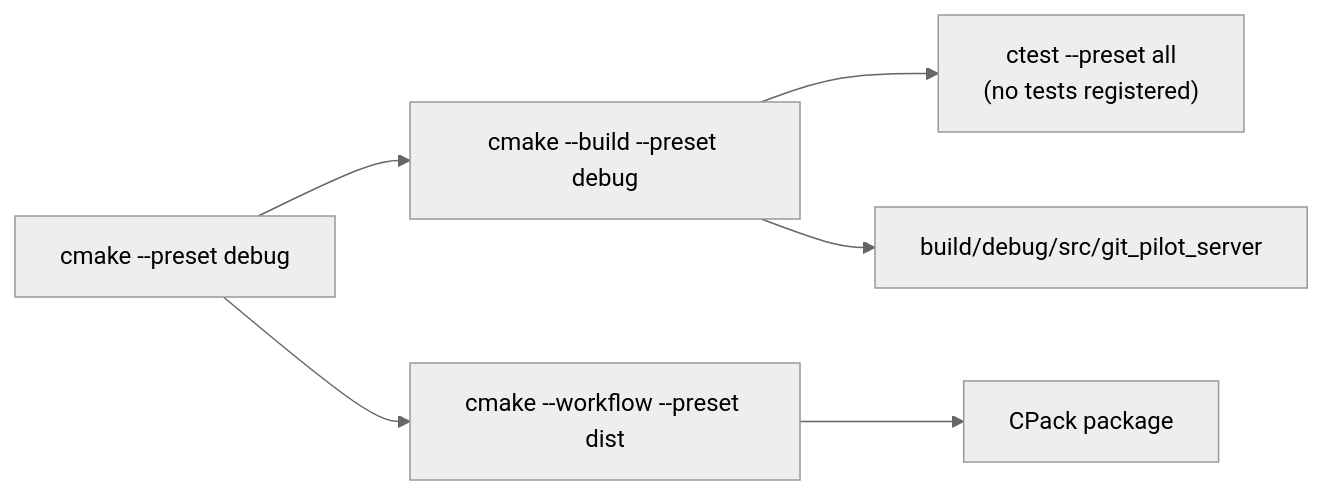
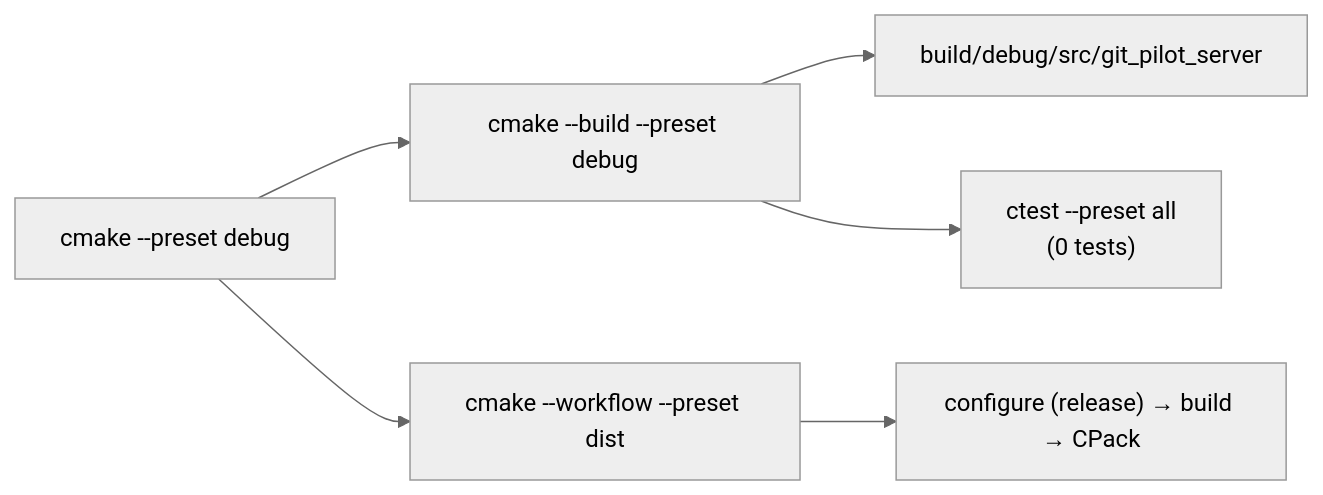
Before and after one commit to pritam12426/git_pilot: the fifth of 6 diagrams in DEV_IN_DEPTH.md, drawn with Mermaid (neutral theme). The commit also changed other lines of this file and 31 other files, not shown here.

````diff
--- a/DEV_IN_DEPTH.md
+++ b/DEV_IN_DEPTH.md
@@ -323,8 +637,8 @@
 ```mermaid
 flowchart LR
-    Configure["cmake --preset debug"] --> Build["cmake --build --preset debug"]
-    Build --> Test["ctest --preset all<br/>(no tests registered)"]
-    Build --> Binary["build/debug/src/git_pilot_server"]
-    Configure --> Workflow["cmake --workflow --preset dist"]
-    Workflow --> Package["CPack package"]
+    A["cmake --preset debug"] --> B["cmake --build --preset debug"]
+    B --> C["build/debug/src/git_pilot_server"]
+    B --> D["ctest --preset all<br/>(0 tests)"]
+    A --> E["cmake --workflow --preset dist"]
+    E --> F["configure (release) → build → CPack"]
 ```
````
